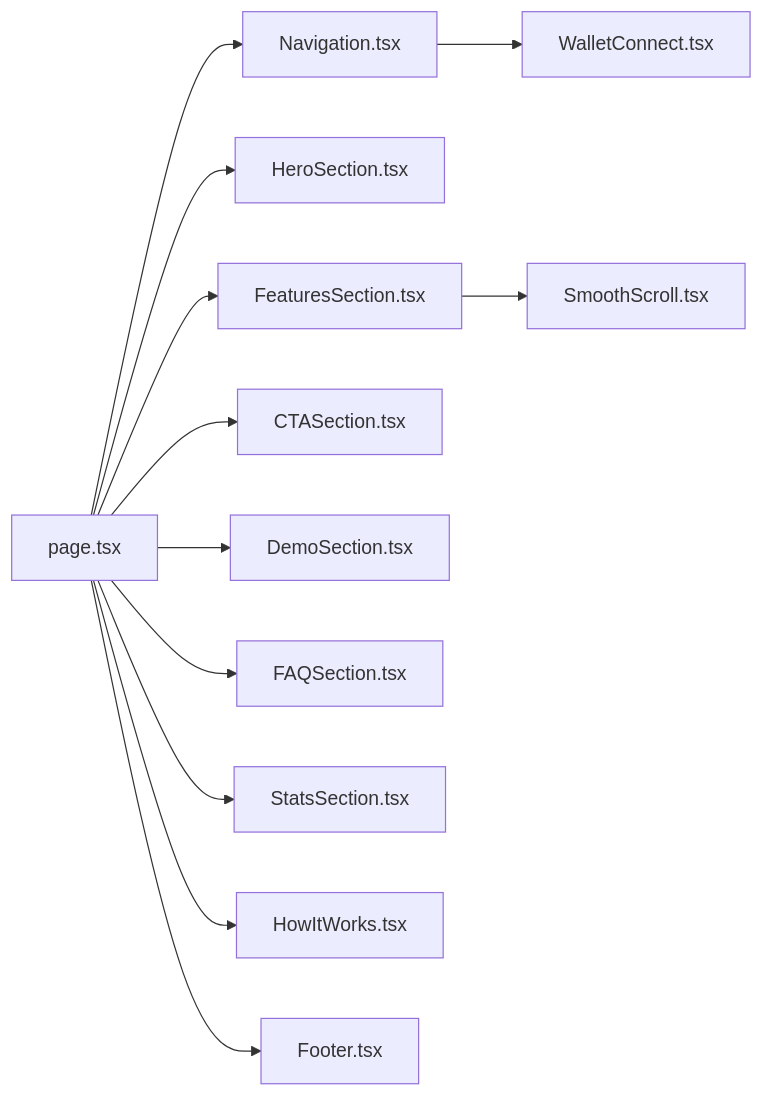
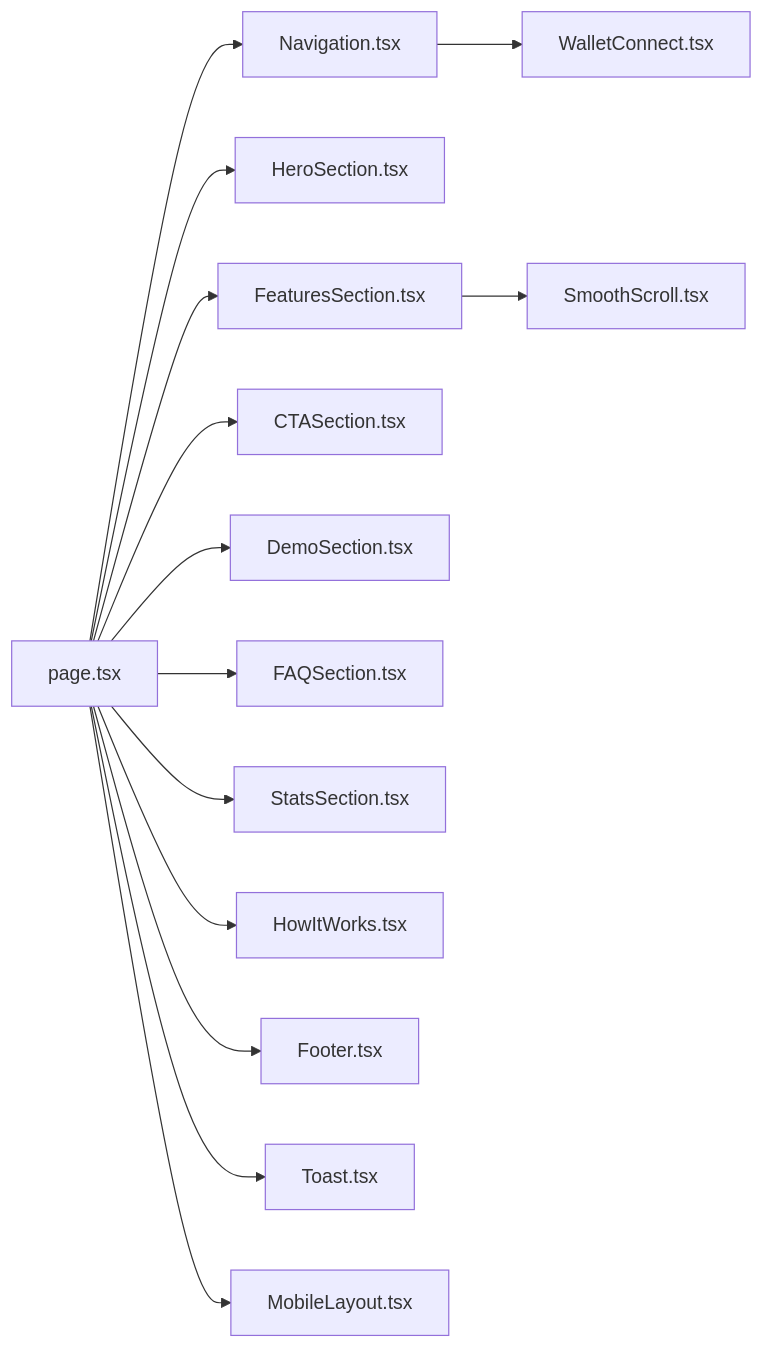
Before and after one commit to hieudepoet/Insurix: the third of 3 diagrams in .qoder/repowiki/en/content/Frontend Application/UI Components Library.md, drawn with Mermaid. The commit also changed other lines of this file and 63 other files, not shown here.

````diff
--- a/.qoder/repowiki/en/content/Frontend Application/UI Components Library.md
+++ b/.qoder/repowiki/en/content/Frontend Application/UI Components Library.md
@@ -488,14 +719,16 @@
 ```mermaid
 graph LR
 Page["page.tsx"] --> Nav["Navigation.tsx"]
 Page --> Hero["HeroSection.tsx"]
 Page --> Feat["FeaturesSection.tsx"]
 Page --> CTA["CTASection.tsx"]
 Page --> Demo["DemoSection.tsx"]
 Page --> FAQ["FAQSection.tsx"]
 Page --> Stats["StatsSection.tsx"]
 Page --> HIW["HowItWorks.tsx"]
 Page --> Footer["Footer.tsx"]
 Feat --> Scroll["SmoothScroll.tsx"]
 Nav --> Wallet["WalletConnect.tsx"]
+Page --> Toast["Toast.tsx"]
+Page --> Mobile["MobileLayout.tsx"]
 ```
````
